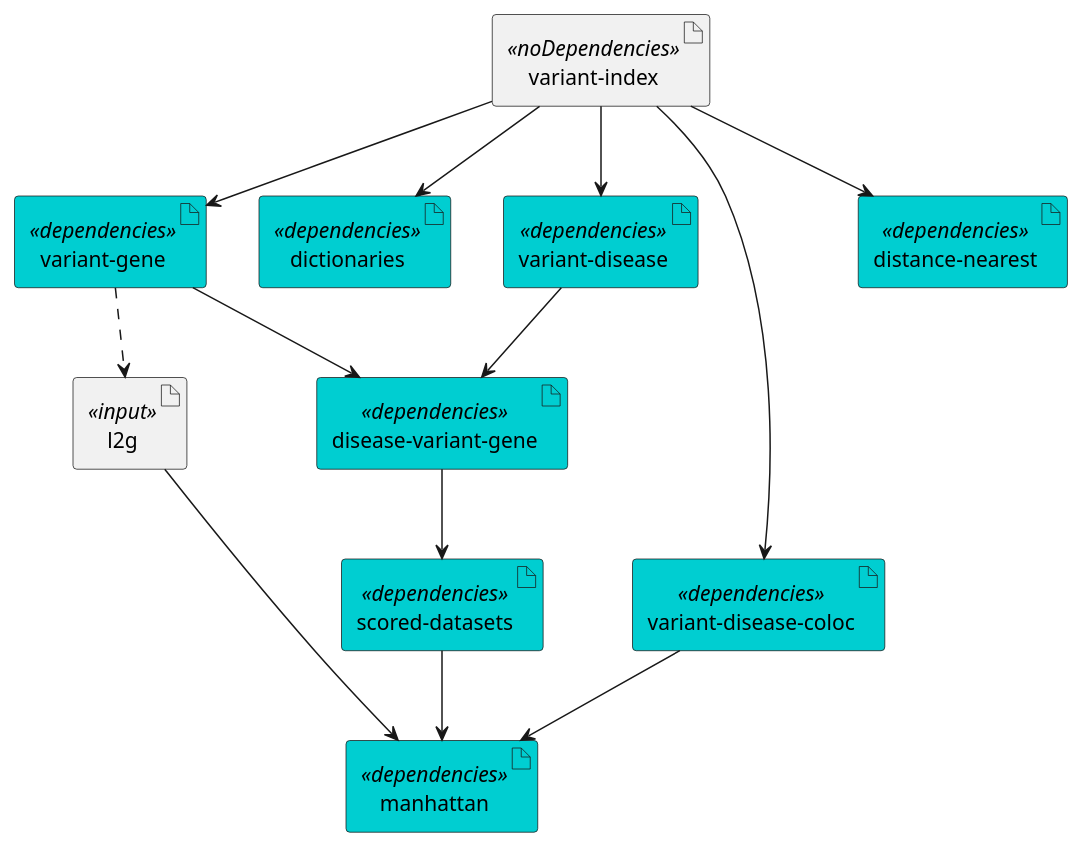
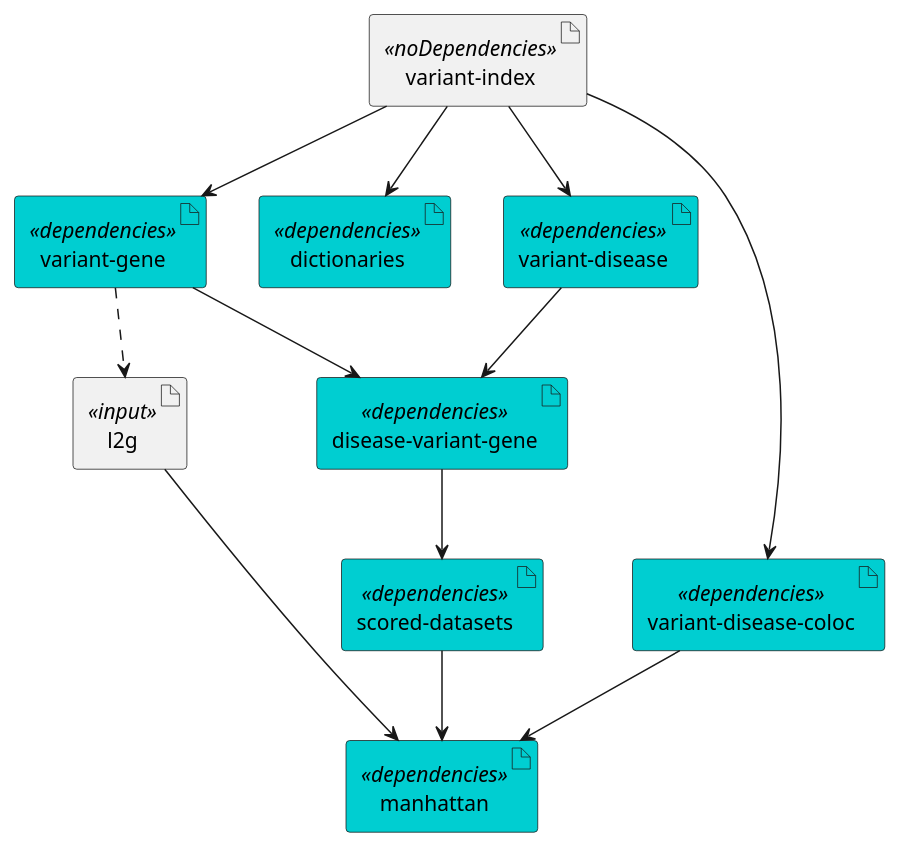
One commit to opentargets/genetics-pipe changed the diagram in documentation/step_dependencies.puml. Above: the diagram before and after it, drawn with PlantUML.

Commit message:
Remove distance from step dependencies documentation

```diff
--- a/documentation/step_dependencies.puml
+++ b/documentation/step_dependencies.puml
@@ -1,35 +1,33 @@
 @startuml
 skinparam interface {
     backgroundColor<<input>> darkblue
     backgroundColor<<output>> cyan
 }
 skinparam artifact {
      backgroundColor<<noDependency>> orchid
      backgroundColor<<dependencies>> darkturquoise
  }
 ' steps
 artifact vg as "variant-gene" <<dependencies>>
 artifact vi as "variant-index" <<noDependencies>>
 artifact dictionaries <<dependencies>>
 artifact vd as "variant-disease" <<dependencies>>
 artifact vdc as "variant-disease-coloc" <<dependencies>>
-artifact dn as "distance-nearest" <<dependencies>>
 artifact dvg as "disease-variant-gene" <<dependencies>>
 artifact sd as "scored-datasets" <<dependencies>>
 artifact manhattan <<dependencies>>
 artifact l2g <<input>>
 
 vi --> dictionaries
 vi --> vd
 vi --> vg
 vi --> vdc
-vi --> dn
 vd --> dvg
 vg --> dvg
 dvg --> sd
 l2g --> manhattan
 sd --> manhattan
 vdc --> manhattan
 vg ..> l2g
 
 @enduml
```
